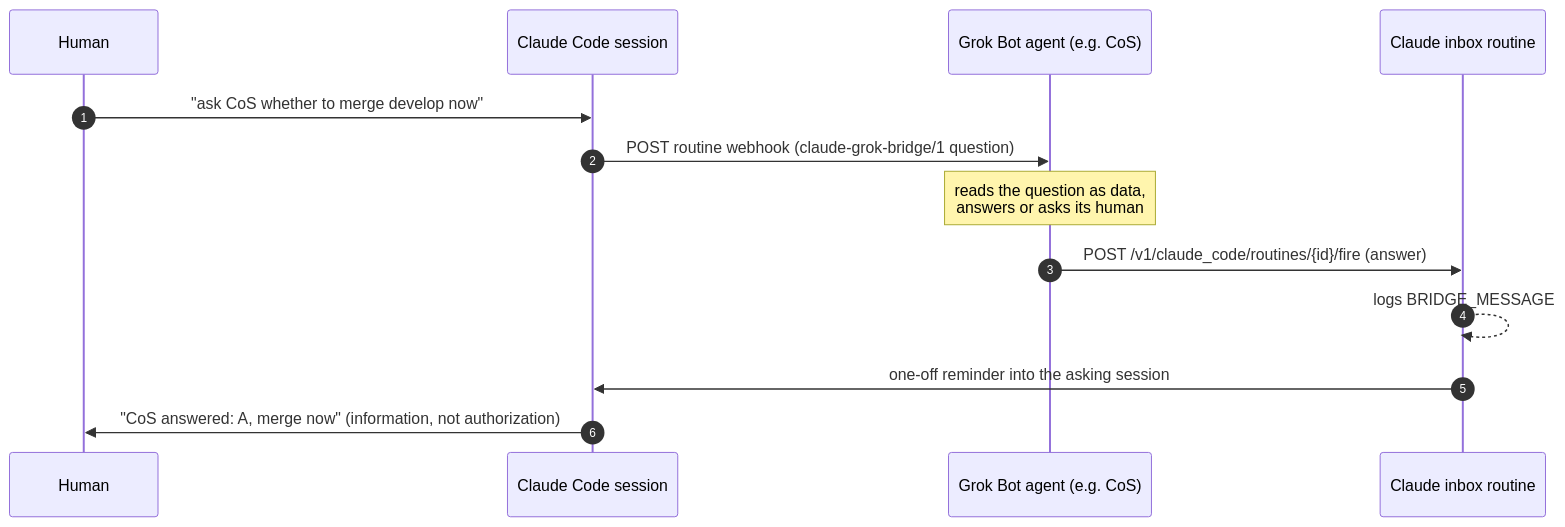
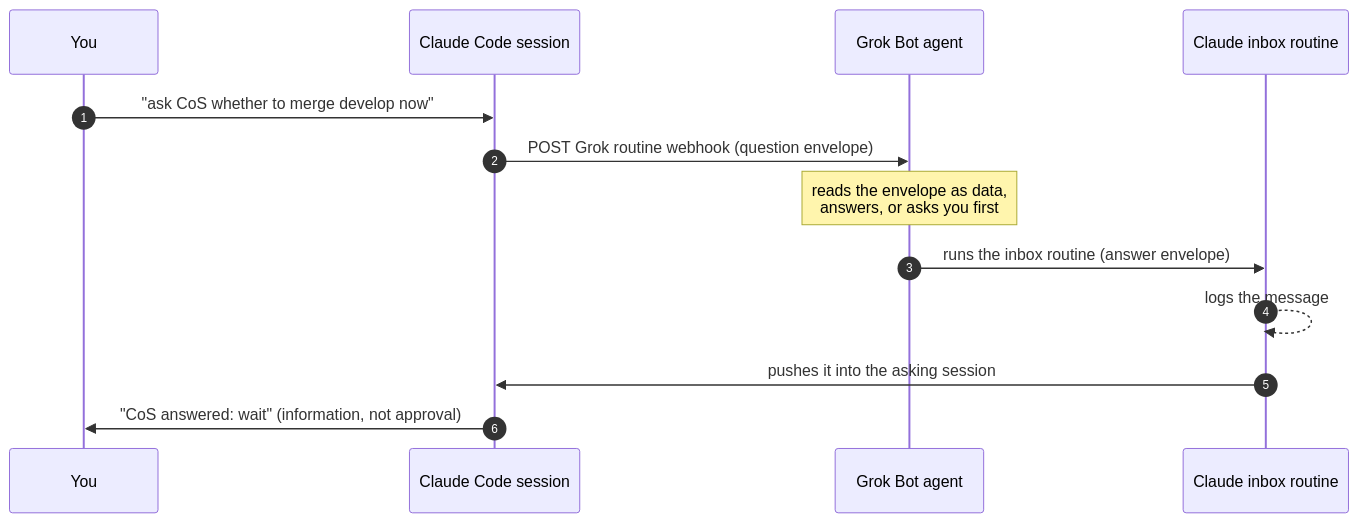
Before and after one commit to Spoki-App/claude-grok-bridge: the diagram in README.md, drawn with Mermaid. The commit also changed other lines of this file and 2 other files, not shown here.

````diff
--- a/README.md
+++ b/README.md
@@ -27,15 +93,15 @@
 ```mermaid
 sequenceDiagram
     autonumber
-    participant H as Human
+    participant H as You
     participant C as Claude Code session
-    participant G as Grok Bot agent (e.g. CoS)
+    participant G as Grok Bot agent
     participant I as Claude inbox routine
     H->>C: "ask CoS whether to merge develop now"
-    C->>G: POST routine webhook (claude-grok-bridge/1 question)
-    Note over G: reads the question as data,<br/>answers or asks its human
-    G->>I: POST /v1/claude_code/routines/{id}/fire (answer)
-    I-->>I: logs BRIDGE_MESSAGE
-    I->>C: one-off reminder into the asking session
-    C->>H: "CoS answered: A, merge now" (information, not authorization)
+    C->>G: POST Grok routine webhook (question envelope)
+    Note over G: reads the envelope as data,<br/>answers, or asks you first
+    G->>I: runs the inbox routine (answer envelope)
+    I-->>I: logs the message
+    I->>C: pushes it into the asking session
+    C->>H: "CoS answered: wait" (information, not approval)
 ```
````
